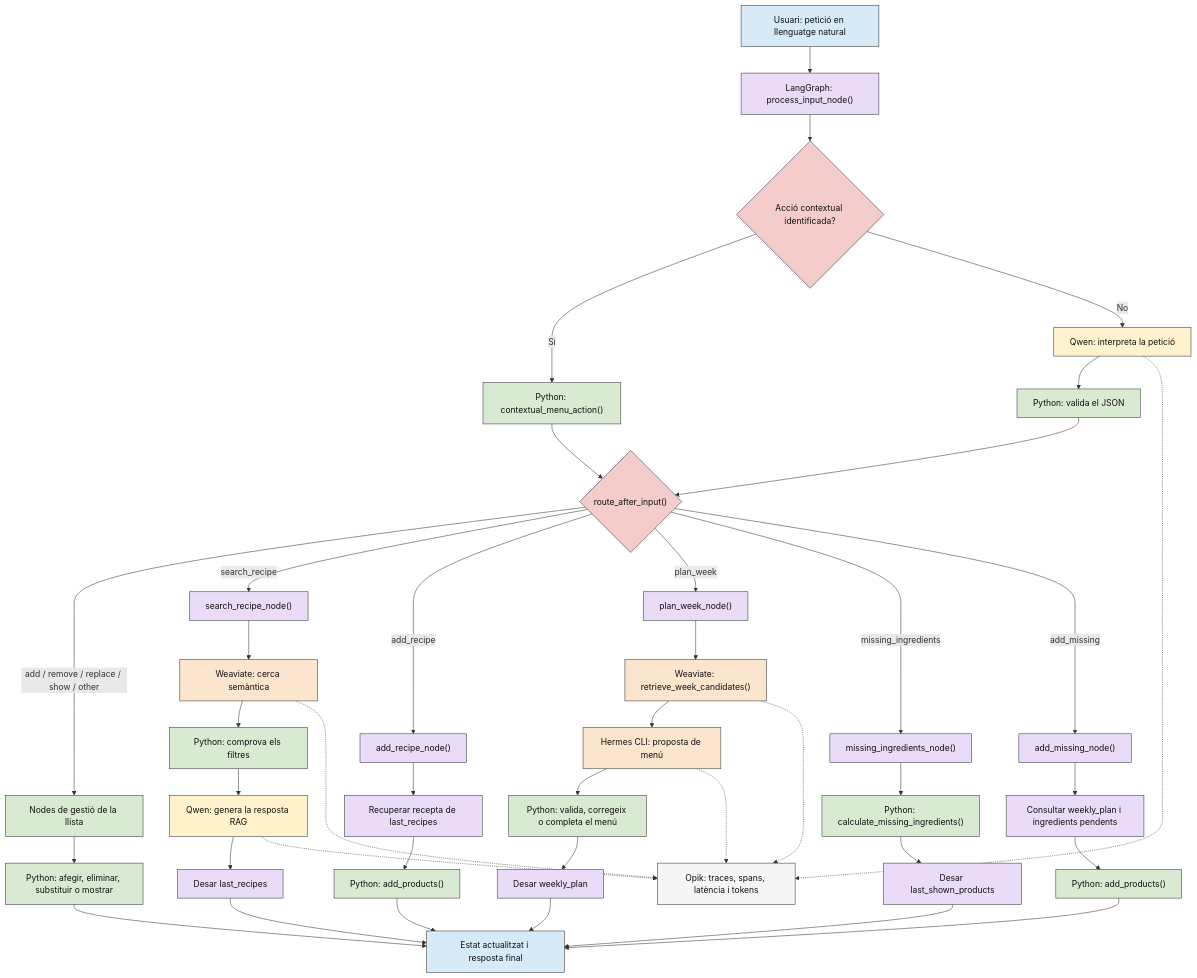
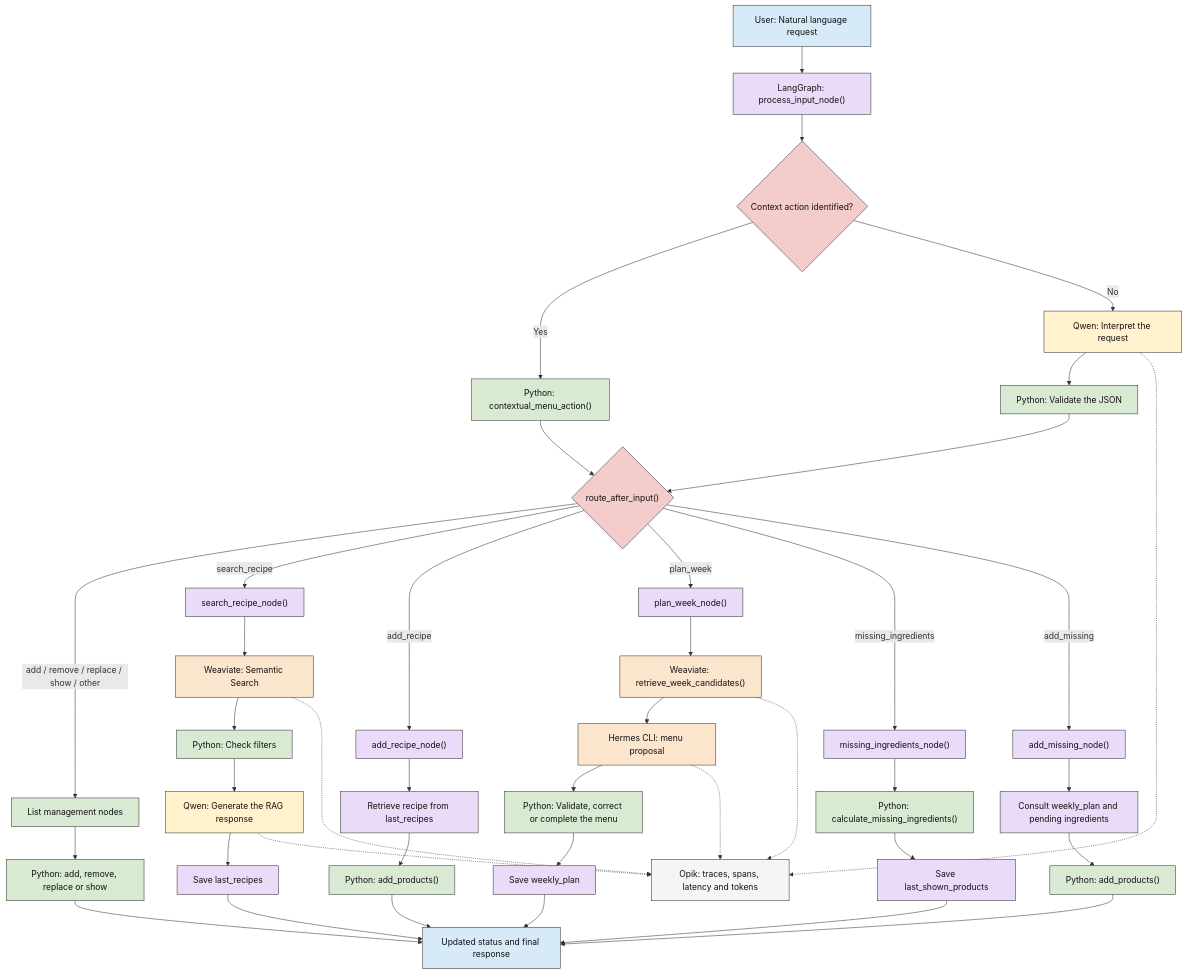
Diagram 11 of 15 in AI_Observability/docs/08_examples.md (eetac/Visual_tools_for_AI), drawn with Mermaid before and after one commit. The commit also changed other lines of this file and 31 other files, not shown here.

````diff
--- a/AI_Observability/docs/08_examples.md
+++ b/AI_Observability/docs/08_examples.md
@@ -1329,78 +1329,78 @@
 ```mermaid
 flowchart TD
-    U["Usuari: petició en llenguatge natural"] --> P["LangGraph: process_input_node()"]
+    U["User: Natural language request"] --> P["LangGraph: process_input_node()"]
 
-    P --> D{"Acció contextual identificada?"}
-    D -->|Sí| CT["Python: contextual_menu_action()"]
-    D -->|No| L["Qwen: interpreta la petició"]
+    P --> D{"Context action identified?"}
+    D -->|Yes| CT["Python: contextual_menu_action()"]
+    D -->|No| L["Qwen: Interpret the request"]
 
     CT --> R{"route_after_input()"}
-    L --> J["Python: valida el JSON"]
+    L --> J["Python: Validate the JSON"]
     J --> R
 
-    %% GESTIÓ DE LA LLISTA DE COMPRA
-    R -->|add / remove / replace / show / other| A["Nodes de gestió de la llista"]
-    A --> AT["Python: afegir, eliminar, substituir o mostrar"]
+    %% SHOPPING LIST MANAGEMENT
+    R -->|add / remove / replace / show / other| A["List management nodes"]
+    A --> AT["Python: add, remove, replace or show"]
 
-    %% CERCA DE RECEPTES AMB RAG
+    %% RECIPE SEARCH WITH RAG
     R -->|search_recipe| S["search_recipe_node()"]
-    S --> W["Weaviate: cerca semàntica"]
-    W --> V["Python: comprova els filtres"]
-    V --> Q["Qwen: genera la resposta RAG"]
-    Q --> LR["Desar last_recipes"]
+    S --> W["Weaviate: Semantic Search"]
+    W --> V["Python: Check filters"]
+    V --> Q["Qwen: Generate the RAG response"]
+    Q --> LR["Save last_recipes"]
 
-    %% AFEGIR INGREDIENTS D'UNA RECEPTA
+    %% ADD RECIPE INGREDIENTS
     R -->|add_recipe| AR["add_recipe_node()"]
-    AR --> LS["Recuperar recepta de last_recipes"]
+    AR --> LS["Retrieve recipe from last_recipes"]
     LS --> ADD["Python: add_products()"]
 
-    %% PLANIFICACIÓ SETMANAL AMB HERMES
+    %% WEEKLY PLANNING WITH HERMES
     R -->|plan_week| PW["plan_week_node()"]
     PW --> WC["Weaviate: retrieve_week_candidates()"]
-    WC --> H["Hermes CLI: proposta de menú"]
-    H --> VP["Python: valida, corregeix o completa el menú"]
-    VP --> WP["Desar weekly_plan"]
+    WC --> H["Hermes CLI: menu proposal"]
+    H --> VP["Python: Validate, correct or complete the menu"]
+    VP --> WP["Save weekly_plan"]
 
-    %% CONSULTAR INGREDIENTS PENDENTS
+    %% CHECK MISSING INGREDIENTS
     R -->|missing_ingredients| MI["missing_ingredients_node()"]
     MI --> CALC["Python: calculate_missing_ingredients()"]
-    CALC --> SP["Desar last_shown_products"]
+    CALC --> SP["Save last_shown_products"]
 
-    %% AFEGIR INGREDIENTS PENDENTS
+    %% ADD MISSING INGREDIENTS
     R -->|add_missing| AM["add_missing_node()"]
-    AM --> REC["Consultar weekly_plan i ingredients pendents"]
+    AM --> REC["Consult weekly_plan and pending ingredients"]
     REC --> AP["Python: add_products()"]
 
-    %% RESPOSTA FINAL
-    AT --> F["Estat actualitzat i resposta final"]
+    %% FINAL RESPONSE
+    AT --> F["Updated status and final response"]
     LR --> F
     ADD --> F
     WP --> F
     SP --> F
     AP --> F
 
-    %% OBSERVABILITAT
-    OP["Opik: traces, spans, latència i tokens"]
+    %% OBSERVABILITY
+    OP["Opik: traces, spans, latency and tokens"]
     L -.-> OP
     W -.-> OP
     Q -.-> OP
     WC -.-> OP
     H -.-> OP
 
     %% COLORS
     class U,F entrada
     class P,S,AR,LS,LR,PW,WP,MI,SP,AM,REC servei
     class L,Q llm
     class D,R decisio
     class CT,J,A,AT,V,ADD,VP,CALC,AP python
     class W,WC,H agent
     class OP opik
 
     classDef entrada fill:#D6EAF8,stroke:#333333,color:#111111
     classDef llm fill:#FFF2CC,stroke:#333333,color:#111111
     classDef python fill:#D9EAD3,stroke:#333333,color:#111111
     classDef decisio fill:#F4CCCC,stroke:#333333,color:#111111
     classDef servei fill:#EADCF8,stroke:#333333,color:#111111
     classDef agent fill:#FCE5CD,stroke:#333333,color:#111111
     classDef opik fill:#F5F5F5,stroke:#333333,color:#111111
 ```
````
